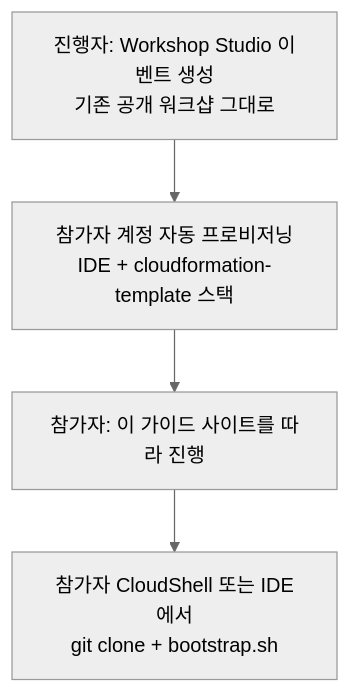
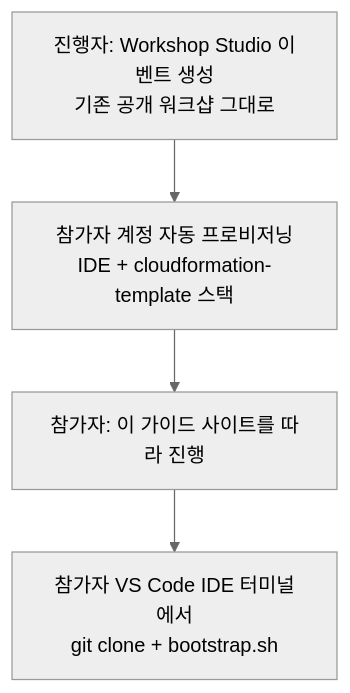
One commit to hsr87/devops-agent-workshop-kr changed the diagram in docs/facilitator/index.md. Above: the diagram before and after it, drawn with Mermaid (neutral theme). The commit also changed other lines of this file and 5 other files, not shown here.

Commit message:
Make the browser VS Code IDE the default environment; CloudShell becomes the alternative

````diff
--- a/docs/facilitator/index.md
+++ b/docs/facilitator/index.md
@@ -5,6 +5,6 @@
 ```mermaid
 flowchart TB
   P[진행자: Workshop Studio 이벤트 생성<br/>기존 공개 워크샵 그대로] --> A[참가자 계정 자동 프로비저닝<br/>IDE + cloudformation-template 스택]
   A --> B[참가자: 이 가이드 사이트를 따라 진행]
-  B --> C[참가자 CloudShell 또는 IDE에서<br/>git clone + bootstrap.sh]
+  B --> C[참가자 VS Code IDE 터미널에서<br/>git clone + bootstrap.sh]
 ```
````
